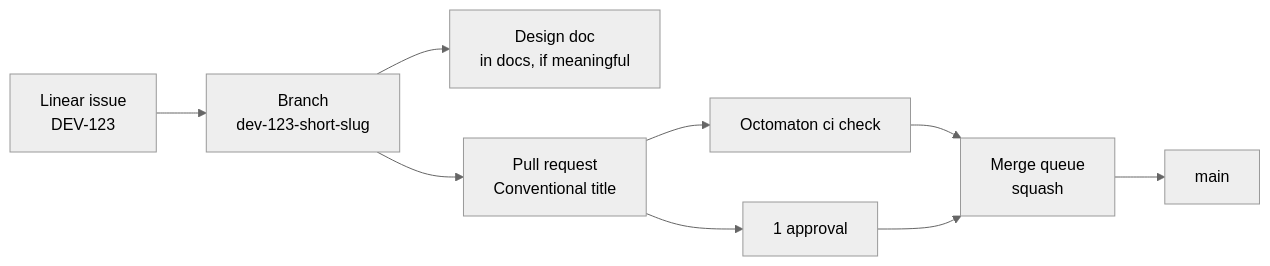
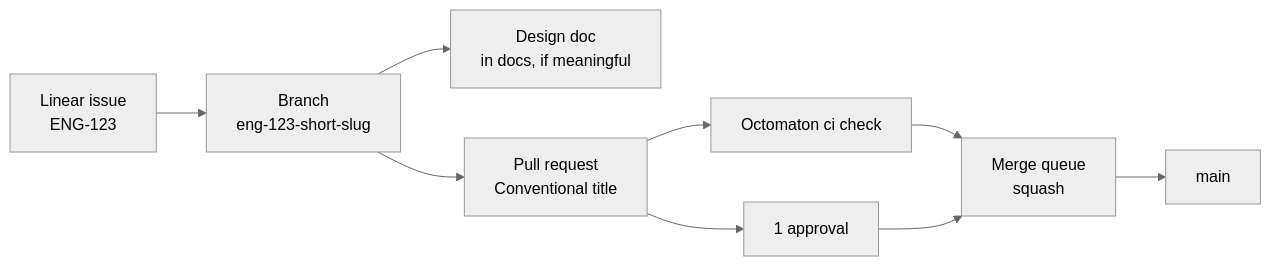
One commit to arikkfir-org/docs changed the diagram in CONTRIBUTING.md. Above: the diagram before and after it, drawn with Mermaid (neutral theme). The commit also changed other lines of this file and 2 other files, not shown here.

First line of the commit message:
docs(hub): one "Default branch" ruleset, repository settings, ENG autolinks

````diff
--- a/CONTRIBUTING.md
+++ b/CONTRIBUTING.md
@@ -8,11 +8,11 @@
 ```mermaid
 flowchart LR
-  L[Linear issue<br/>DEV-123] --> B[Branch<br/>dev-123-short-slug]
+  L[Linear issue<br/>ENG-123] --> B[Branch<br/>eng-123-short-slug]
   B --> D[Design doc<br/>in docs, if meaningful]
   B --> P[Pull request<br/>Conventional title]
   P --> C[Octomaton ci check]
   P --> R[1 approval]
   C --> Q[Merge queue<br/>squash]
   R --> Q
   Q --> M[main]
 ```
````
